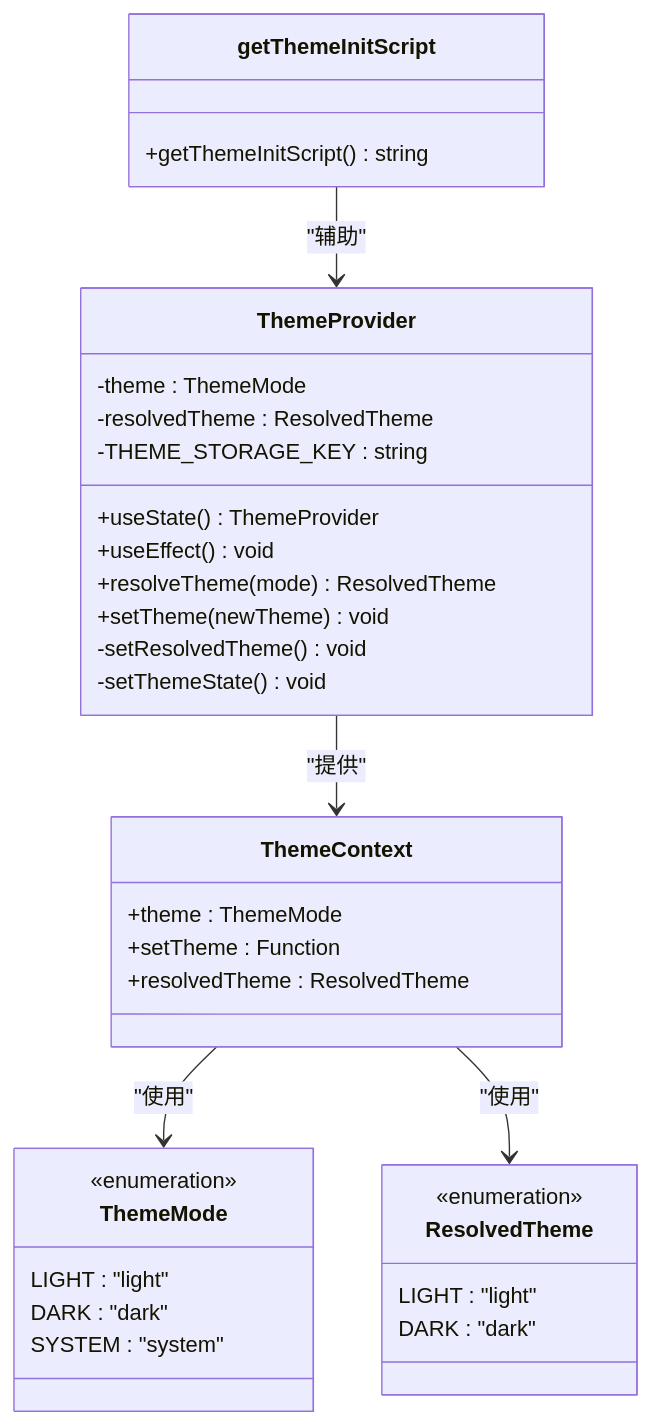
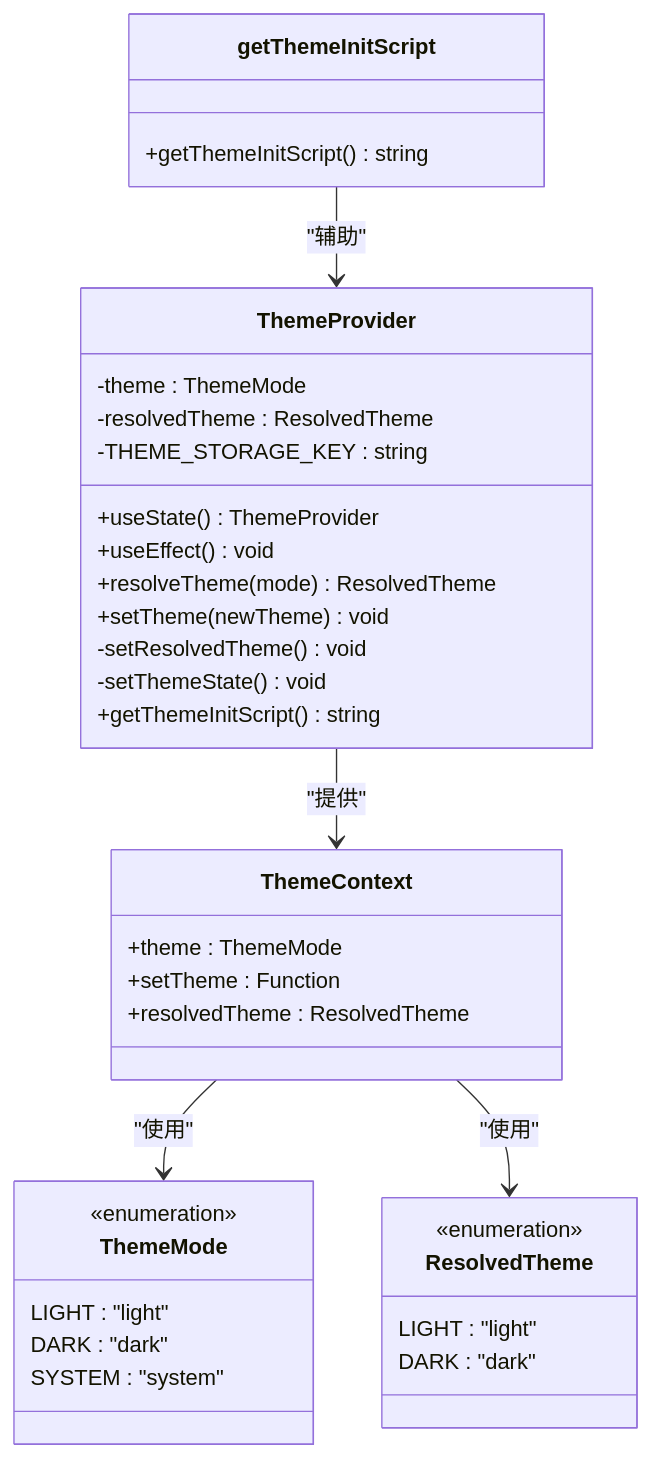
The third of 21 diagrams in .qoder/repowiki/zh/content/项目概述/整体架构概览/Web应用程序/主题系统实现.md (CryptoLinxu/Web3-AI-Agent), drawn with Mermaid before and after one commit. The commit also changed other lines of this file and 7 other files, not shown here.

````diff
--- a/.qoder/repowiki/zh/content/项目概述/整体架构概览/Web应用程序/主题系统实现.md
+++ b/.qoder/repowiki/zh/content/项目概述/整体架构概览/Web应用程序/主题系统实现.md
@@ -209,37 +247,38 @@
 ```mermaid
 classDiagram
 class ThemeProvider {
 -theme : ThemeMode
 -resolvedTheme : ResolvedTheme
 -THEME_STORAGE_KEY : string
 +useState() ThemeProvider
 +useEffect() void
 +resolveTheme(mode) ResolvedTheme
 +setTheme(newTheme) void
 -setResolvedTheme() void
 -setThemeState() void
++getThemeInitScript() string
 }
 class ThemeContext {
 +theme : ThemeMode
 +setTheme : Function
 +resolvedTheme : ResolvedTheme
 }
 class ThemeMode {
 <<enumeration>>
 LIGHT : "light"
 DARK : "dark"
 SYSTEM : "system"
 }
 class ResolvedTheme {
 <<enumeration>>
 LIGHT : "light"
 DARK : "dark"
 }
 class getThemeInitScript {
 +getThemeInitScript() string
 }
 ThemeProvider --> ThemeContext : "提供"
 ThemeContext --> ThemeMode : "使用"
 ThemeContext --> ResolvedTheme : "使用"
 getThemeInitScript --> ThemeProvider : "辅助"
 ```
````
